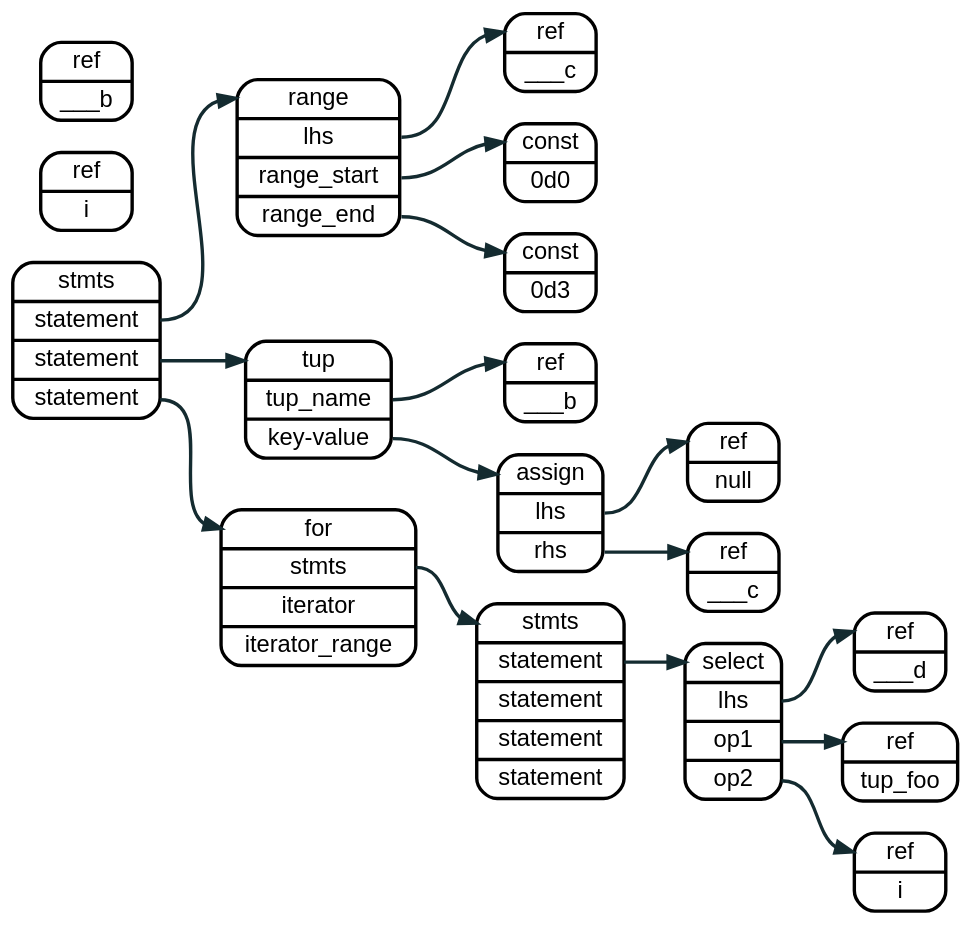
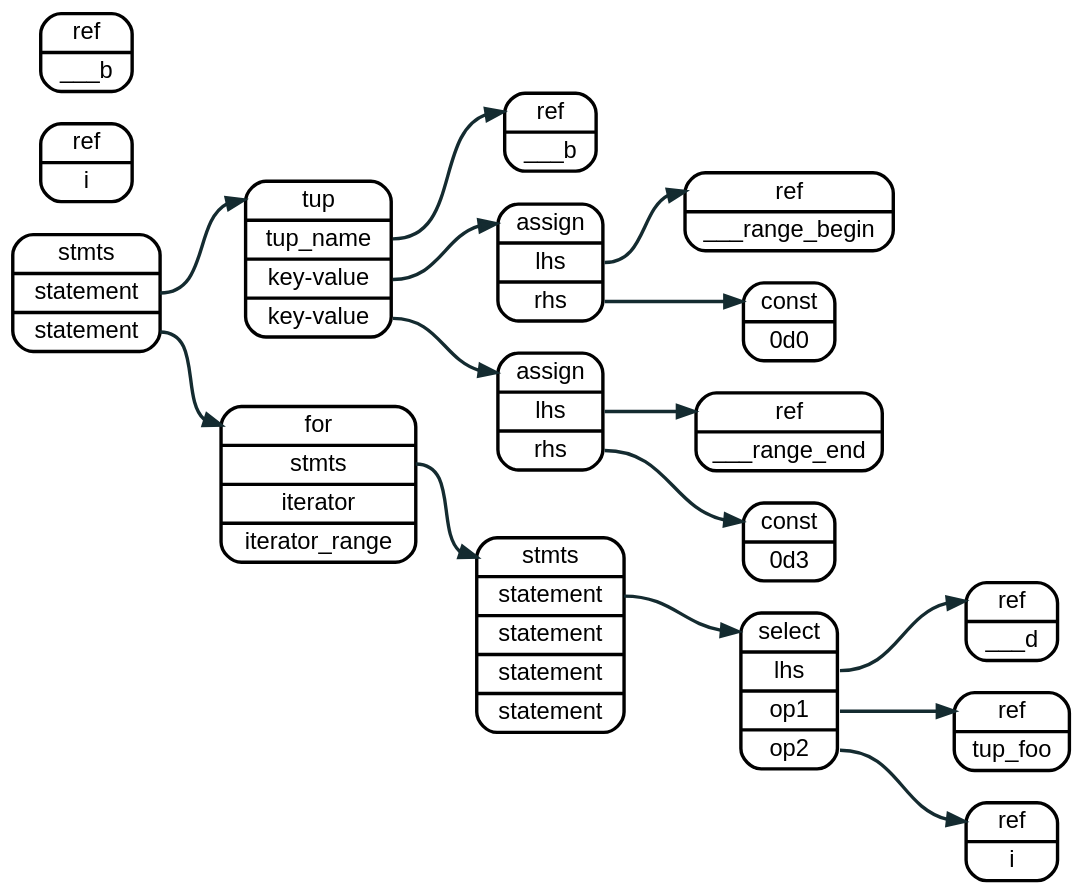
One commit to sakshi15108/lnast-doc changed the diagram in source/graphviz/for.dot. Above: the diagram before and after it, drawn with Graphviz. The commit also changed 2 other files, not shown here.

Commit message:
change range to a tuple tree

```diff
--- a/source/graphviz/for.dot
+++ b/source/graphviz/for.dot
@@ -1,55 +1,54 @@
 digraph assign {
   rankdir=LR
   bgcolor="transparent"
 
   node  [fontname = "helvetica", shape=record, style="rounded", penwidth = 2];
   edge  [fontname = "helvetica", color="#142b30", arrowhead="normal", penwidth = 2];
   graph [fontname = "helvetica"];
 
-  node0 [label = "<a> stmts | <s1> statement | <s2> statement | <s3> statement"];
-  node1 [label = "<a> range | <l>  lhs | <r1> range_start | <r2> range_end"];
-  node2 [label = "<a> ref   | <l> ___c"];
-  node3 [label = "<a> const | <l> 0d0"];
-  node4 [label = "<a> const | <l> 0d3"];
+  node0 [label = "<a> stmts | <s1> statement | <s2> statement"];
 
-  node5 [label = "<a> tup | <n> tup_name | <kv1> key-value"];
-  node6 [label = "<a> ref | <l> ___b"];
+  node1 [label = "<a> tup | <n> tup_name | <kv1> key-value | <kv2> key-value"];
+  node2 [label = "<a> ref | <l> ___b"];
 
-  node7 [label = "<a> assign | <l> lhs  | <r> rhs"];
-  node8 [label = "<a> ref   | <l> null"];
-  node9 [label = "<a> ref   | <l> ___c"];
+  node3 [label = "<a> assign | <l> lhs  | <r> rhs"];
+  node4 [label = "<a> ref    | <l> ___range_begin"];
+  node5 [label = "<a> const  | <l> 0d0"];
+
+  node6 [label = "<a> assign | <l> lhs  | <r> rhs"];
+  node7 [label = "<a> ref    | <l> ___range_end"];
+  node8 [label = "<a> const  | <l> 0d3"];
 
   nodea [label = "<a> for | <stmts0> stmts | <itr> iterator | <itrr> iterator_range"];
   nodeb [label = "<a> stmts | <s1> statement | <s2> statement | <s3> statement | <s4> statement"];
   nodec [label = "<a> ref | <l> i"];
   noded [label = "<a> ref | <l> ___b"];
 
   nodee [label = "<a> select | <l> lhs | <r1> op1 | <r2> op2"];
   nodef [label = "<a> ref | <l> ___d"];
   nodeg [label = "<a> ref | <l> tup_foo"];
   nodeh [label = "<a> ref | <l> i"];
 
   node0:s1 -> node1:a;
-  node0:s2 -> node5:a;
-  node0:s3 -> nodea:a;
+  node0:s2 -> nodea:a;
 
-  node1:l  -> node2:a;
-  node1:r1 -> node3:a;
-  node1:r2 -> node4:a;
-  
-  node5:n  -> node6:a;
-  node5:kv1 -> node7:a;
+  node1:n  -> node2:a;
+  node1:kv1 -> node3:a;
+  node1:kv2 -> node6:a;
 
-  node7:l -> node8:a;
-  node7:r -> node9:a;
+  node3:l -> node4:a;
+  node3:r -> node5:a;
+
+  node6:l -> node7:a;
+  node6:r -> node8:a;
 
   nodea:stmts0 -> nodeb:a;
 
   nodeb:s1 -> nodee:a;
 
   nodee:l -> nodef:a;
   nodee:r1 -> nodeg:a;
   nodee:r2 -> nodeh:a;
   
 
 }
```
